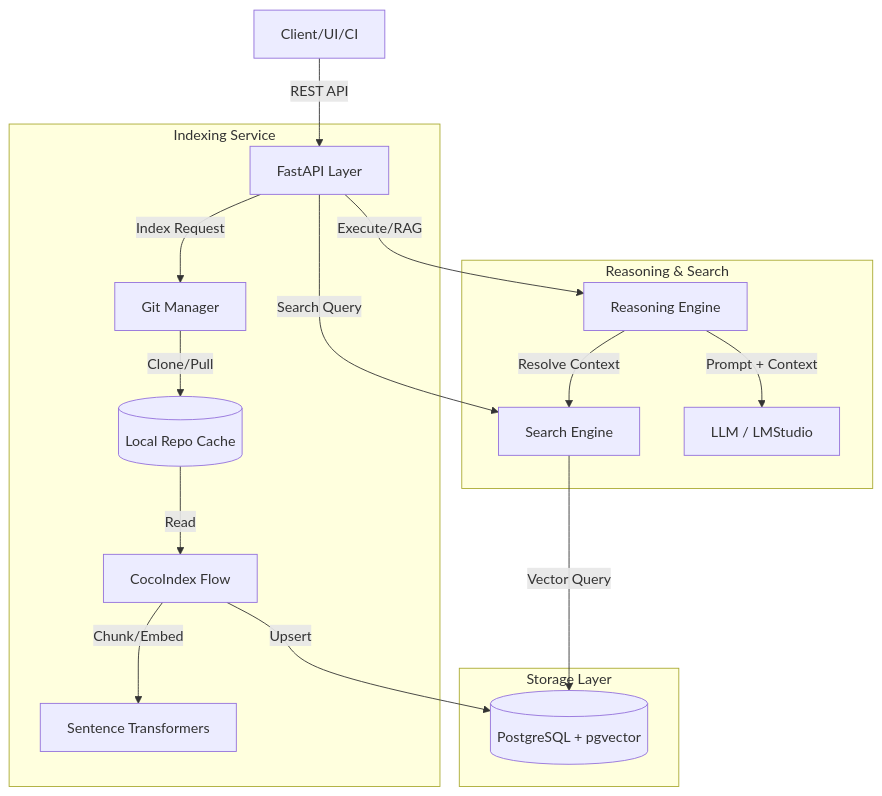
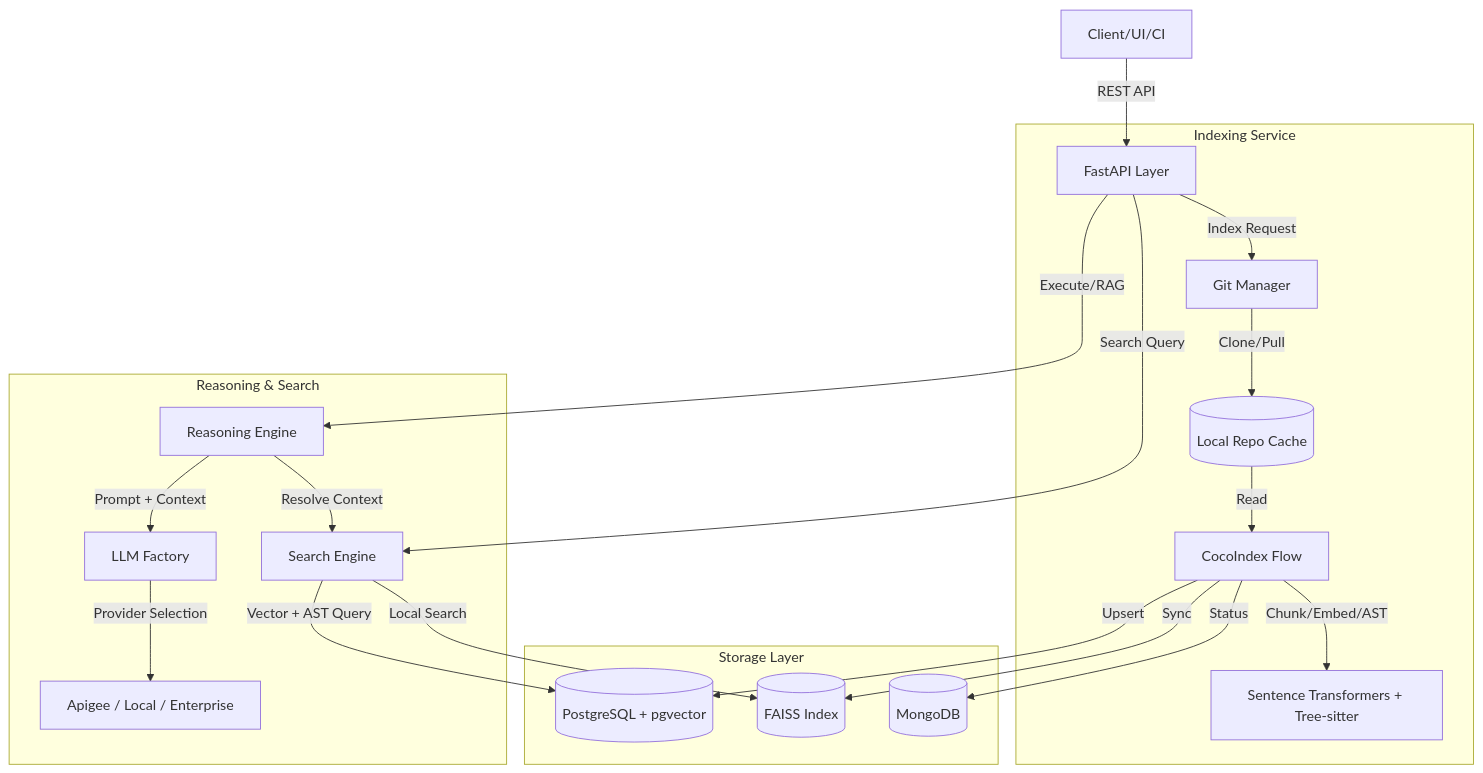
Before and after one commit to roshinpv1/codemind: the diagram in DOCUMENTATION.md, drawn with Mermaid. The commit also changed other lines of this file, not shown here.

````diff
--- a/DOCUMENTATION.md
+++ b/DOCUMENTATION.md
@@ -34,24 +32,28 @@
 ```mermaid
 graph TD
     Client[Client/UI/CI] -->|REST API| FastAPI[FastAPI Layer]
     
     subgraph "Indexing Service"
         FastAPI -->|Index Request| Git[Git Manager]
         Git -->|Clone/Pull| LocalRepo[(Local Repo Cache)]
         LocalRepo -->|Read| Flow[CocoIndex Flow]
-        Flow -->|Chunk/Embed| Embed[Sentence Transformers]
+        Flow -->|Chunk/Embed/AST| Embed[Sentence Transformers + Tree-sitter]
     end
     
     subgraph "Storage Layer"
         Flow -->|Upsert| DB[(PostgreSQL + pgvector)]
+        Flow -->|Sync| FAISS[(FAISS Index)]
+        Flow -->|Status| Mongo[(MongoDB)]
     end
     
     subgraph "Reasoning & Search"
         FastAPI -->|Search Query| Search[Search Engine]
-        Search -->|Vector Query| DB
+        Search -->|Vector + AST Query| DB
+        Search -->|Local Search| FAISS
         
         FastAPI -->|Execute/RAG| Engine[Reasoning Engine]
         Engine -->|Resolve Context| Search
-        Engine -->|Prompt + Context| LLM[LLM / LMStudio]
+        Engine -->|Prompt + Context| Factory[LLM Factory]
+        Factory -->|Provider Selection| LLM[Apigee / Local / Enterprise]
     end
 ```
````
